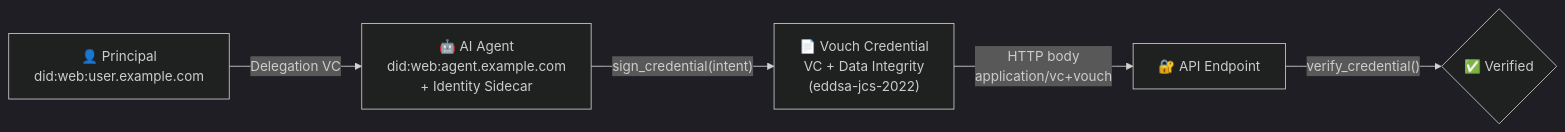
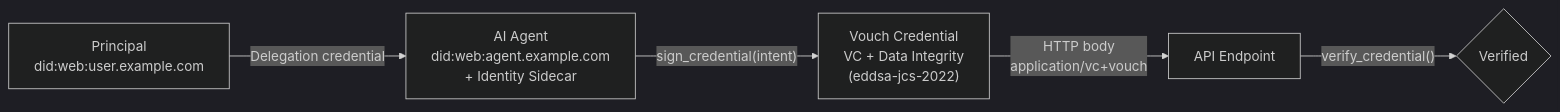
Before and after one commit to vouch-protocol/vouch: the diagram in README.md, drawn with Mermaid (dark theme). The commit also changed other lines of this file and 152 other files, not shown here.

````diff
--- a/README.md
+++ b/README.md
@@ -114,13 +90,13 @@
 ```mermaid
 flowchart LR
-  P["👤 Principal<br/>did:web:user.example.com"]
-  A["🤖 AI Agent<br/>did:web:agent.example.com<br/>+ Identity Sidecar"]
-  C["📄 Vouch Credential<br/>VC + Data Integrity<br/>(eddsa-jcs-2022)"]
-  API["🔐 API Endpoint"]
-  V{"✅ Verified"}
+  P["Principal<br/>did:web:user.example.com"]
+  A["AI Agent<br/>did:web:agent.example.com<br/>+ Identity Sidecar"]
+  C["Vouch Credential<br/>VC + Data Integrity<br/>(eddsa-jcs-2022)"]
+  API["API Endpoint"]
+  V{"Verified"}
 
-  P -->|"Delegation VC"| A
+  P -->|"Delegation credential"| A
   A -->|"sign_credential(intent)"| C
   C -->|"HTTP body<br/>application/vc+vouch"| API
   API -->|"verify_credential()"| V
 ```
````
